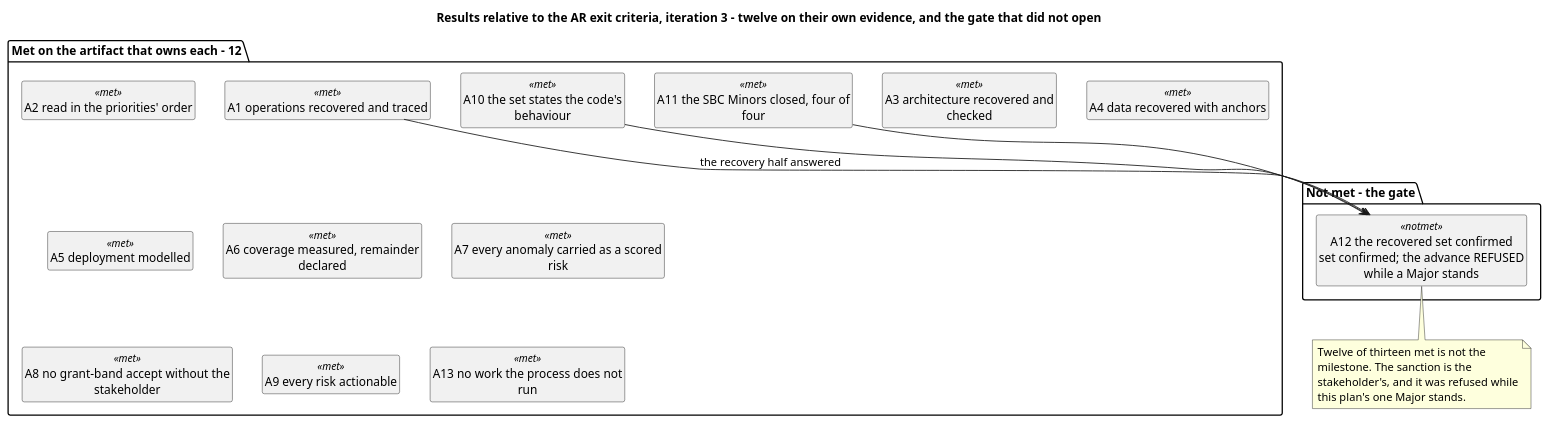
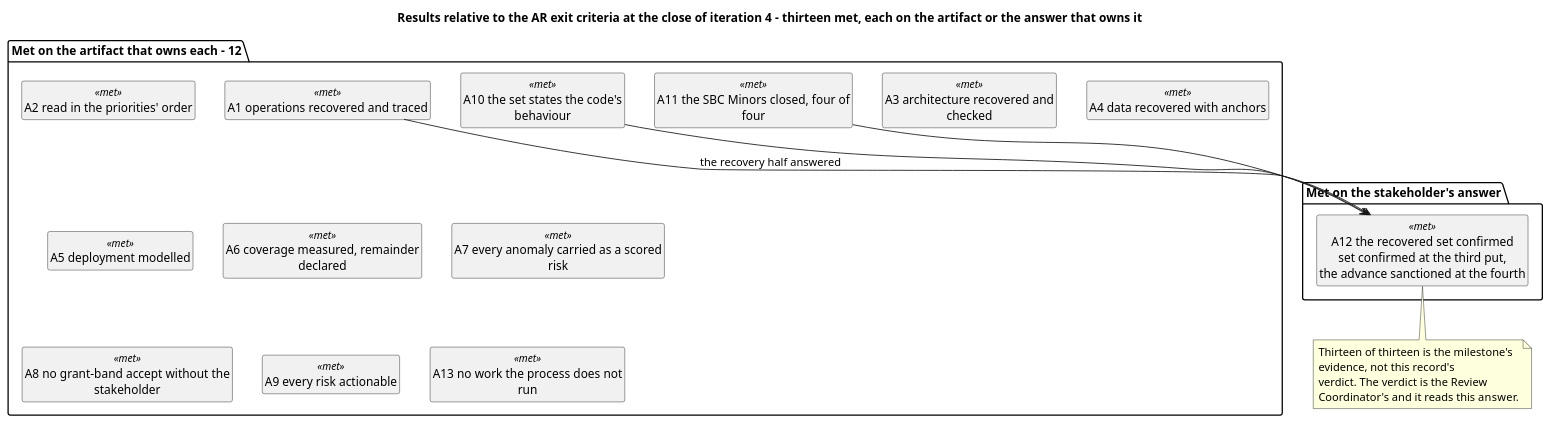
Before and after one commit to banense-test/TodoApp: the fourth of 6 diagrams in docs/artifacts/project-management/iteration-assessment.md, drawn with PlantUML. The commit also changed other lines of this file, not shown here.

First line of the commit message:
Project Manager [Excavation4]: upsert Iteration Assessment

````diff
--- a/docs/artifacts/project-management/iteration-assessment.md
+++ b/docs/artifacts/project-management/iteration-assessment.md
@@ -187,36 +187,36 @@
 ```plantuml
 @startuml
-title Results relative to the AR exit criteria, iteration 3 - twelve on their own evidence, and the gate that did not open
+title Results relative to the AR exit criteria at the close of iteration 4 - thirteen met, each on the artifact or the answer that owns it
 skinparam shadowing false
 skinparam wrapWidth 245
 hide circle
 hide empty members
 
 package "Met on the artifact that owns each - 12" {
   class "A1 operations recovered and traced" as A1 <<met>>
   class "A2 read in the priorities' order" as A2 <<met>>
   class "A3 architecture recovered and checked" as A3 <<met>>
   class "A4 data recovered with anchors" as A4 <<met>>
   class "A5 deployment modelled" as A5 <<met>>
   class "A6 coverage measured, remainder declared" as A6 <<met>>
   class "A7 every anomaly carried as a scored risk" as A7 <<met>>
   class "A8 no grant-band accept without the stakeholder" as A8 <<met>>
   class "A9 every risk actionable" as A9 <<met>>
   class "A10 the set states the code's behaviour" as A10 <<met>>
   class "A11 the SBC Minors closed, four of four" as A11 <<met>>
   class "A13 no work the process does not run" as A13 <<met>>
 }
 
-package "Not met - the gate" {
-  class "A12 the recovered set confirmed\nset confirmed; the advance REFUSED\nwhile a Major stands" as A12 <<notmet>>
+package "Met on the stakeholder's answer" {
+  class "A12 the recovered set confirmed\nset confirmed at the third put,\nthe advance sanctioned at the fourth" as A12 <<met>>
 }
 
 A1 --> A12 : the recovery half answered
 A10 --> A12
 A11 --> A12
 note bottom of A12
-  Twelve of thirteen met is not the milestone. The sanction is the
-  stakeholder's, and it was refused while this plan's one Major stands.
+  Thirteen of thirteen is the milestone's evidence, not this record's
+  verdict. The verdict is the Review Coordinator's and it reads this answer.
 end note
 @enduml
 ```
````
